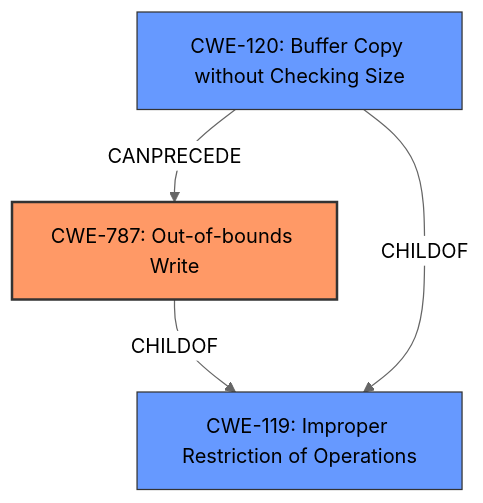
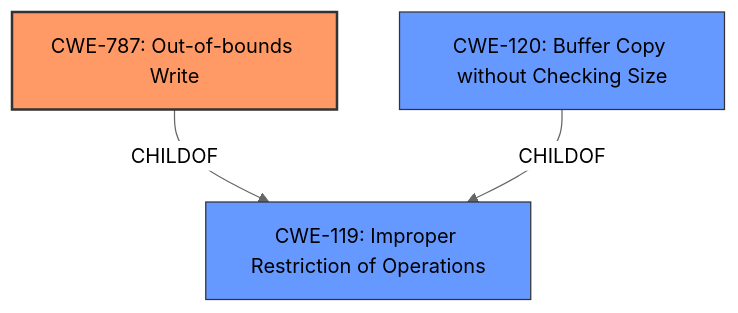
One commit to CyberSecAI/cwe_agent_assign_reports_2023 changed the diagram in CVE-2021-30666/CVE-2021-30666_analysis.md. Above: the diagram before and after it, drawn with Mermaid (neutral theme). The commit also changed other lines of this file and 902 other files, not shown here.

````diff
--- a/CVE-2021-30666/CVE-2021-30666_analysis.md
+++ b/CVE-2021-30666/CVE-2021-30666_analysis.md
@@ -18,16 +18,15 @@
 ```mermaid
 graph TD
     cwe787["CWE-787: Out-of-bounds Write"]
     cwe119["CWE-119: Improper Restriction of Operations"]
     cwe120["CWE-120: Buffer Copy without Checking Size"]
     
     cwe787 -->|CHILDOF| cwe119
     cwe120 -->|CHILDOF| cwe119
-    cwe120 -->|CANPRECEDE| cwe787
     
     classDef primary fill:#f96,stroke:#333,stroke-width:2px
     classDef secondary fill:#69f,stroke:#333
     classDef tertiary fill:#9e9,stroke:#333
     class cwe787 primary
     class cwe119,cwe120 secondary
 ```
````
